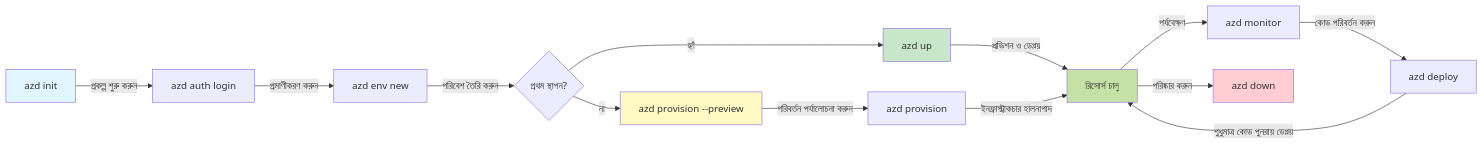
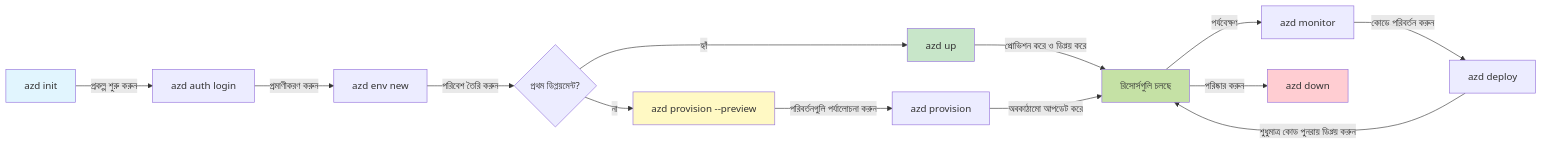
The first of 2 diagrams in translations/bn/docs/chapter-01-foundation/azd-basics.md (microsoft/AZD-for-beginners), drawn with Mermaid before and after one commit. The commit also changed other lines of this file and 101 other files, not shown here.

````diff
--- a/translations/bn/docs/chapter-01-foundation/azd-basics.md
+++ b/translations/bn/docs/chapter-01-foundation/azd-basics.md
@@ -254,21 +269,21 @@
 ```mermaid
 graph LR
     A[azd init] -->|প্রকল্প শুরু করুন| B[azd auth login]
     B -->|প্রমাণীকরণ করুন| C[azd env new]
-    C -->|পরিবেশ তৈরি করুন| D{প্রথম স্থাপন?}
+    C -->|পরিবেশ তৈরি করুন| D{প্রথম ডিপ্লয়মেন্ট?}
     D -->|হ্যাঁ| E[azd up]
     D -->|না| F[azd provision --preview]
-    F -->|পরিবর্তন পর্যালোচনা করুন| G[azd provision]
-    E -->|প্রভিশন ও ডেপ্লয়| H[রিসোর্স চালু]
-    G -->|ইনফ্রাস্ট্রাকচার হালনাগাদ| H
+    F -->|পরিবর্তনগুলি পর্যালোচনা করুন| G[azd provision]
+    E -->|প্রোভিশন করে ও ডিপ্লয় করে| H[রিসোর্সগুলি চলছে]
+    G -->|অবকাঠামো আপডেট করে| H
     H -->|পর্যবেক্ষণ| I[azd monitor]
-    I -->|কোড পরিবর্তন করুন| J[azd deploy]
-    J -->|শুধুমাত্র কোড পুনরায় ডেপ্লয়| H
+    I -->|কোডে পরিবর্তন করুন| J[azd deploy]
+    J -->|শুধুমাত্র কোড পুনরায় ডিপ্লয় করুন| H
     H -->|পরিষ্কার করুন| K[azd down]
     
     style A fill:#e1f5fe
     style E fill:#c8e6c9
     style F fill:#fff9c4
     style H fill:#c5e1a5
     style K fill:#ffcdd2
 ```
````
